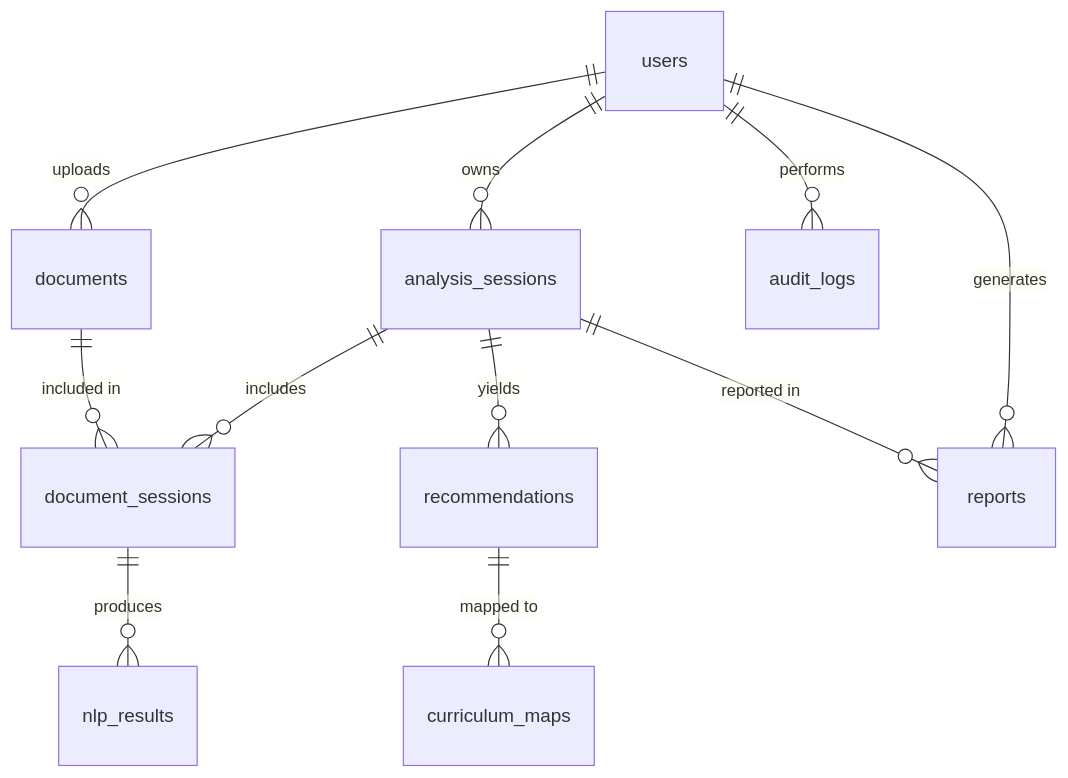
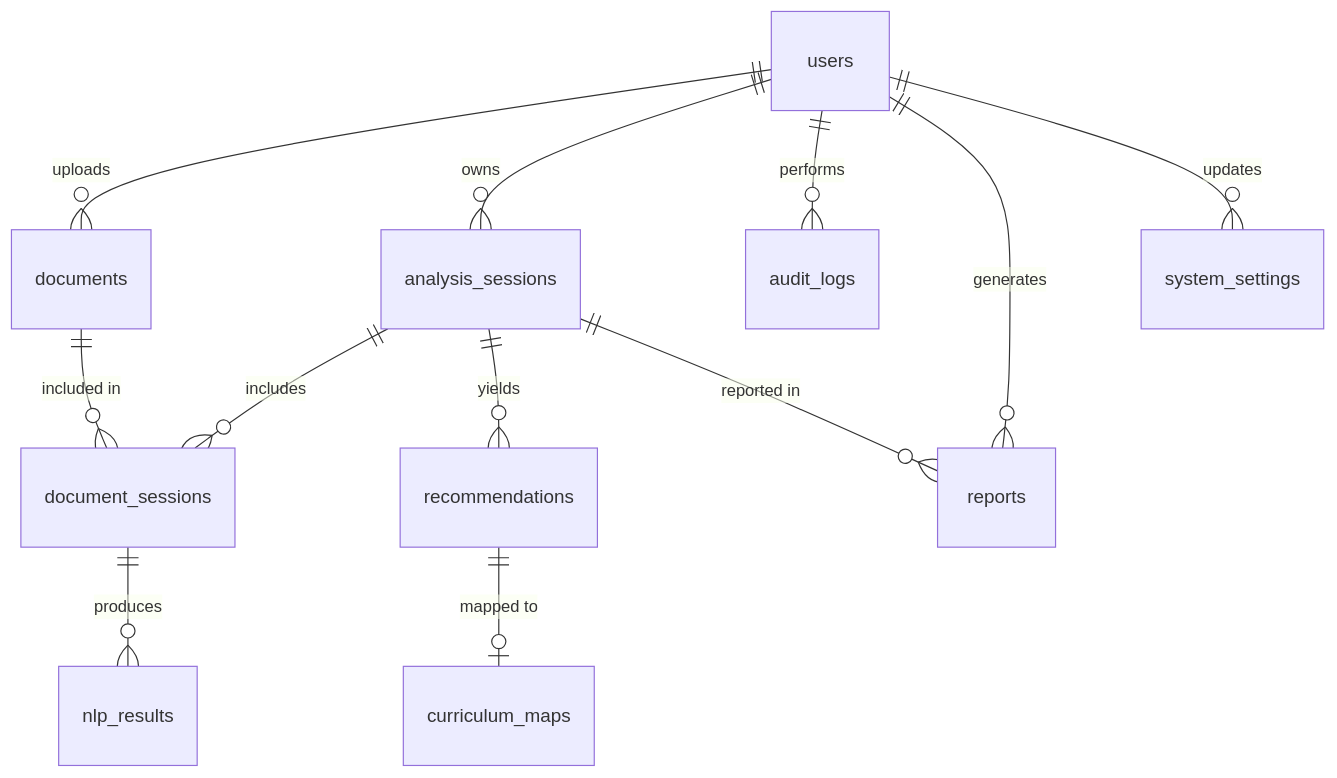
The diagram in docs/DATABASE.md (eshietowoabasi/NLP-Recom-System), drawn with Mermaid before and after one commit. The commit also changed other lines of this file and 83 other files, not shown here.

````diff
--- a/docs/DATABASE.md
+++ b/docs/DATABASE.md
@@ -7,13 +7,14 @@
 ```mermaid
 erDiagram
     users ||--o{ documents : uploads
     users ||--o{ analysis_sessions : owns
     users ||--o{ audit_logs : "performs"
     users ||--o{ reports : generates
     documents ||--o{ document_sessions : "included in"
     analysis_sessions ||--o{ document_sessions : includes
     document_sessions ||--o{ nlp_results : produces
     analysis_sessions ||--o{ recommendations : yields
     analysis_sessions ||--o{ reports : "reported in"
-    recommendations ||--o{ curriculum_maps : "mapped to"
+    recommendations ||--o| curriculum_maps : "mapped to"
+    users ||--o{ system_settings : updates
 ```
````
